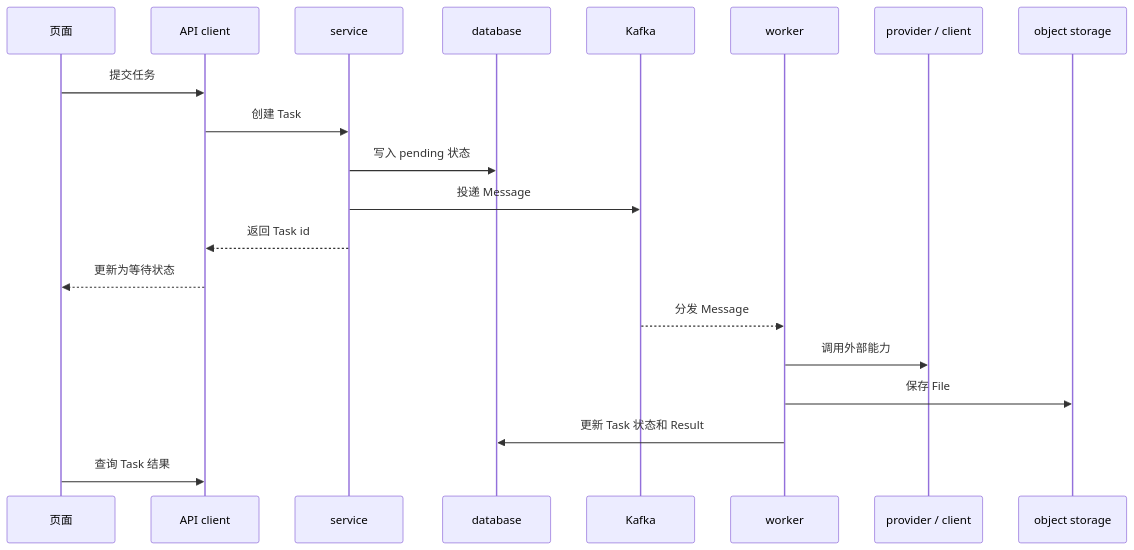
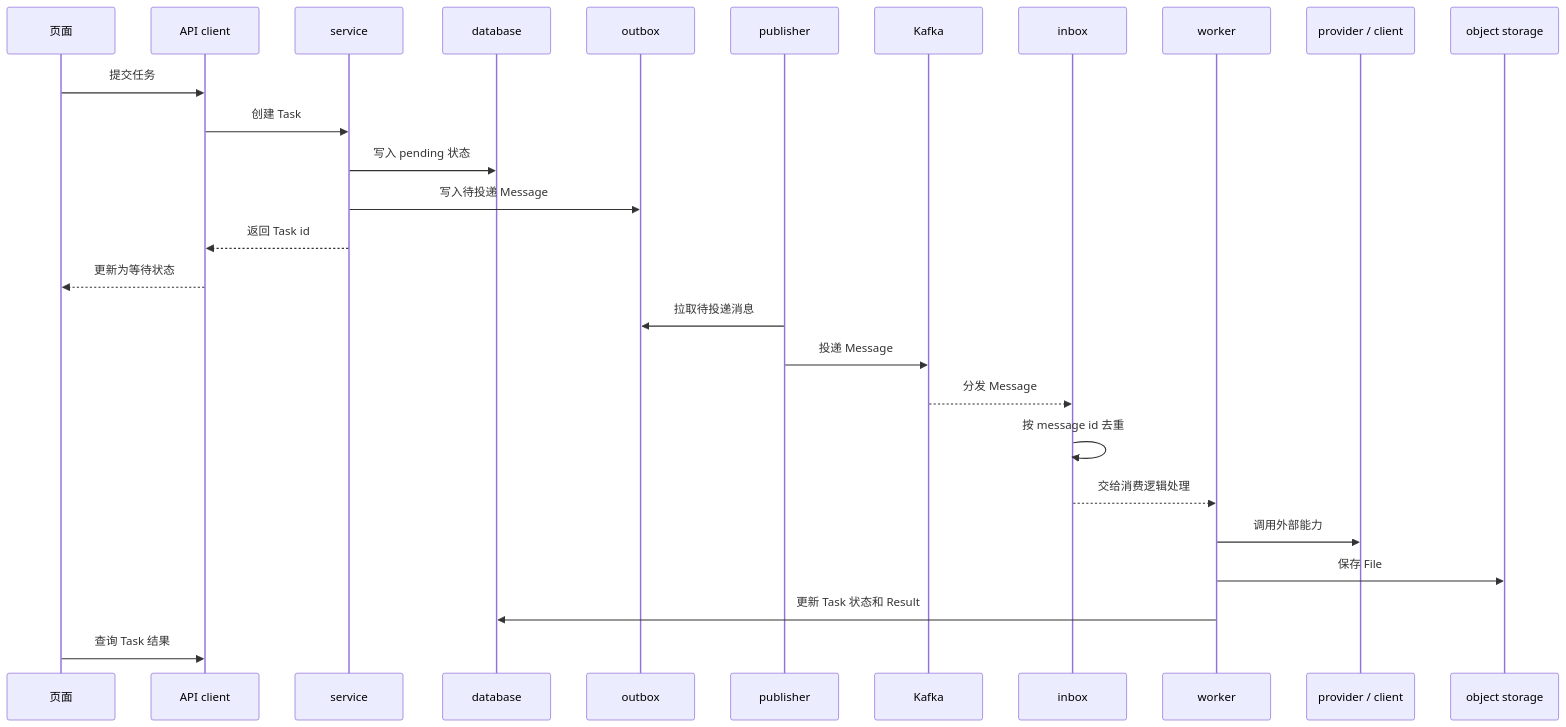
Before and after one commit to FengYing1314/ying-blog: the second of 3 diagrams in src/content/zh/posts/backend-frontend-architecture.md, drawn with Mermaid. The commit also changed other lines of this file and 2 other files, not shown here.

````diff
--- a/src/content/zh/posts/backend-frontend-architecture.md
+++ b/src/content/zh/posts/backend-frontend-architecture.md
@@ -89,23 +95,30 @@
 ```mermaid
 sequenceDiagram
   participant Page as 页面
   participant API as API client
   participant Service as service
   participant Database as database
+  participant Outbox as outbox
+  participant Publisher as publisher
   participant Kafka as Kafka
+  participant Inbox as inbox
   participant Worker as worker
   participant Provider as provider / client
   participant Storage as object storage
 
   Page->>API: 提交任务
   API->>Service: 创建 Task
   Service->>Database: 写入 pending 状态
-  Service->>Kafka: 投递 Message
+  Service->>Outbox: 写入待投递 Message
   Service-->>API: 返回 Task id
   API-->>Page: 更新为等待状态
-  Kafka-->>Worker: 分发 Message
+  Publisher->>Outbox: 拉取待投递消息
+  Publisher->>Kafka: 投递 Message
+  Kafka-->>Inbox: 分发 Message
+  Inbox->>Inbox: 按 message id 去重
+  Inbox-->>Worker: 交给消费逻辑处理
   Worker->>Provider: 调用外部能力
   Worker->>Storage: 保存 File
   Worker->>Database: 更新 Task 状态和 Result
   Page->>API: 查询 Task 结果
 ```
````
